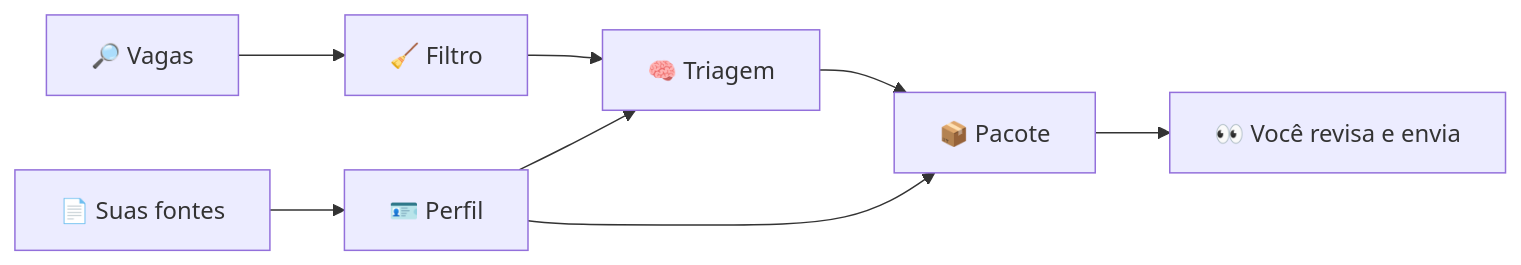
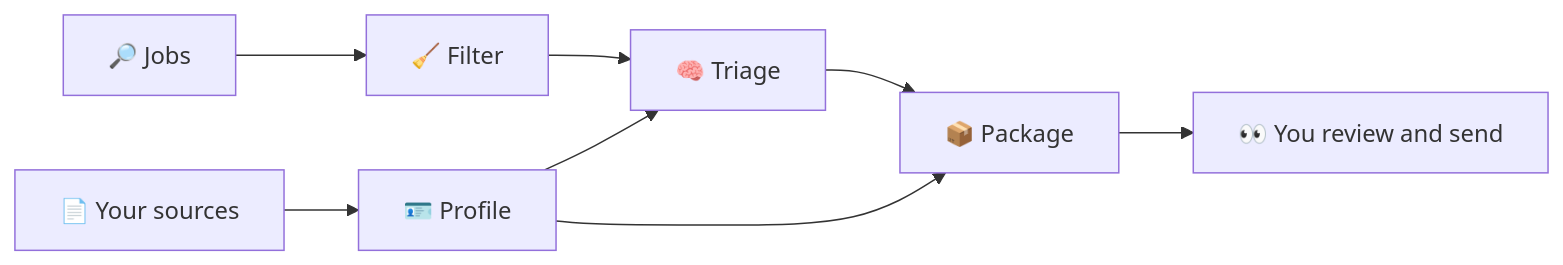
One commit to GabrielMello1407/auto-job-finder changed the diagram in README.md. Above: the diagram before and after it, drawn with Mermaid. The commit also changed other lines of this file and 16 other files, not shown here.

````diff
--- a/README.md
+++ b/README.md
@@ -102,7 +108,7 @@
 ```mermaid
 flowchart LR
-    A["📄 Suas fontes"] --> B["🪪 Perfil"]
-    C["🔎 Vagas"] --> D["🧹 Filtro"] --> E["🧠 Triagem"]
-    B --> E --> F["📦 Pacote"]
-    B --> F --> G["👀 Você revisa e envia"]
+    A["📄 Your sources"] --> B["🪪 Profile"]
+    C["🔎 Jobs"] --> D["🧹 Filter"] --> E["🧠 Triage"]
+    B --> E --> F["📦 Package"]
+    B --> F --> G["👀 You review and send"]
 ```
````
